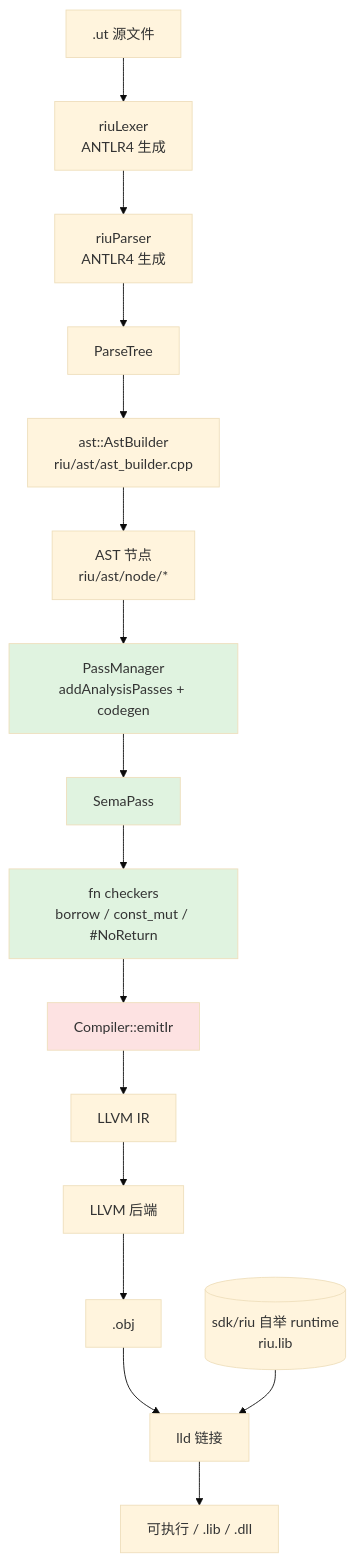
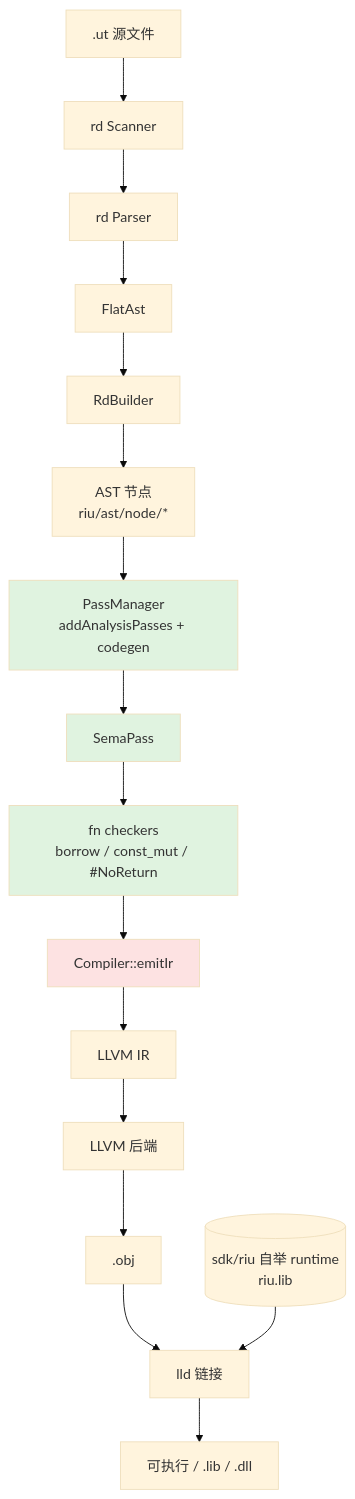
One commit to riu-lang/riu changed the second of 6 diagrams in riu.md. Above: the diagram before and after it, drawn with Mermaid (base theme). The commit also changed other lines of this file and 40 other files, not shown here.

````diff
--- a/riu.md
+++ b/riu.md
@@ -66,24 +64,24 @@
 ```mermaid
 flowchart TB
-    src[.ut 源文件] --> lex[riuLexer<br/>ANTLR4 生成]
-    lex --> parse[riuParser<br/>ANTLR4 生成]
-    parse --> tree[ParseTree]
-    tree --> builder[ast::AstBuilder<br/>riu/ast/ast_builder.cpp]
+    src[.ut 源文件] --> scan[rd Scanner]
+    scan --> parse[rd Parser]
+    parse --> flat[FlatAst]
+    flat --> builder[RdBuilder]
     builder --> ast[AST 节点<br/>riu/ast/node/*]
 
     ast --> pm[PassManager<br/>addAnalysisPasses + codegen]
     pm --> sema[SemaPass]
     sema --> analyzer[fn checkers<br/>borrow / const_mut / #NoReturn]
     analyzer --> compiler[Compiler::emitIr]
     compiler --> ir[LLVM IR]
     ir --> llc[LLVM 后端]
     llc --> obj[.obj]
     obj --> lld[lld 链接]
     sdk[(sdk/riu 自举 runtime<br/>riu.lib)] --> lld
     lld --> exe[可执行 / .lib / .dll]
 
     style pm fill:#e0f3e0
     style sema fill:#e0f3e0
     style analyzer fill:#e0f3e0
     style compiler fill:#fde2e2
 ```
````
